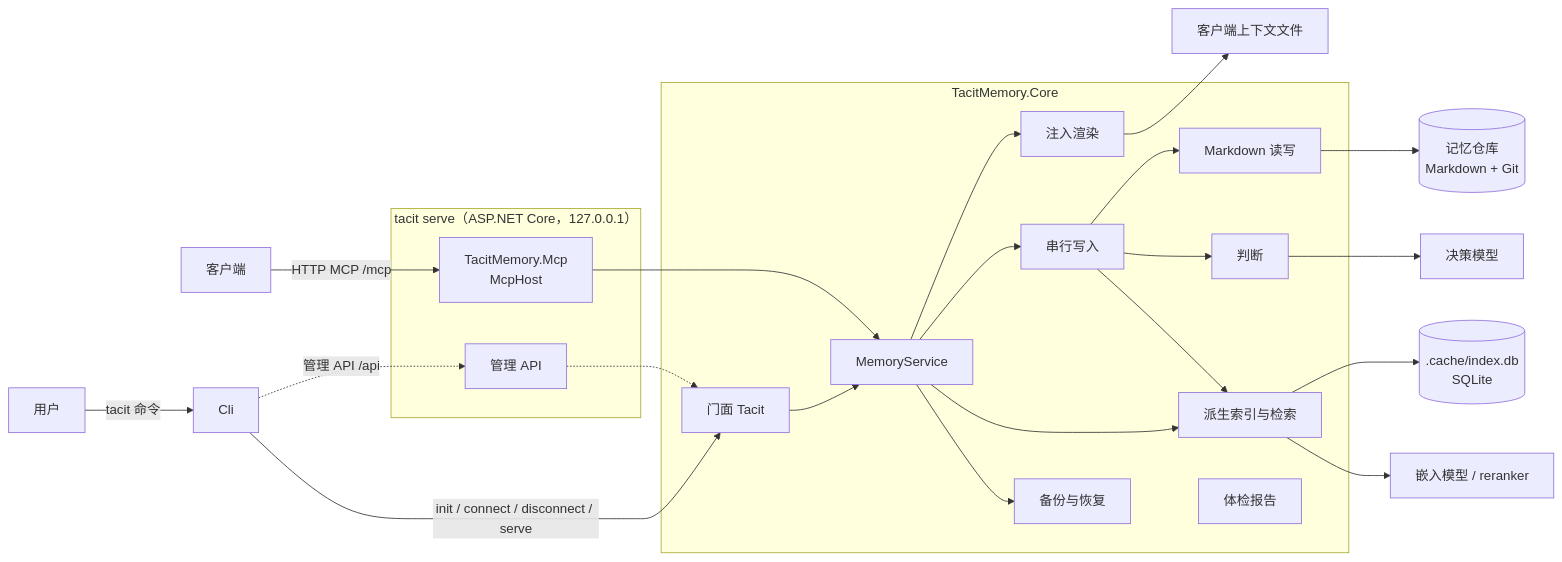
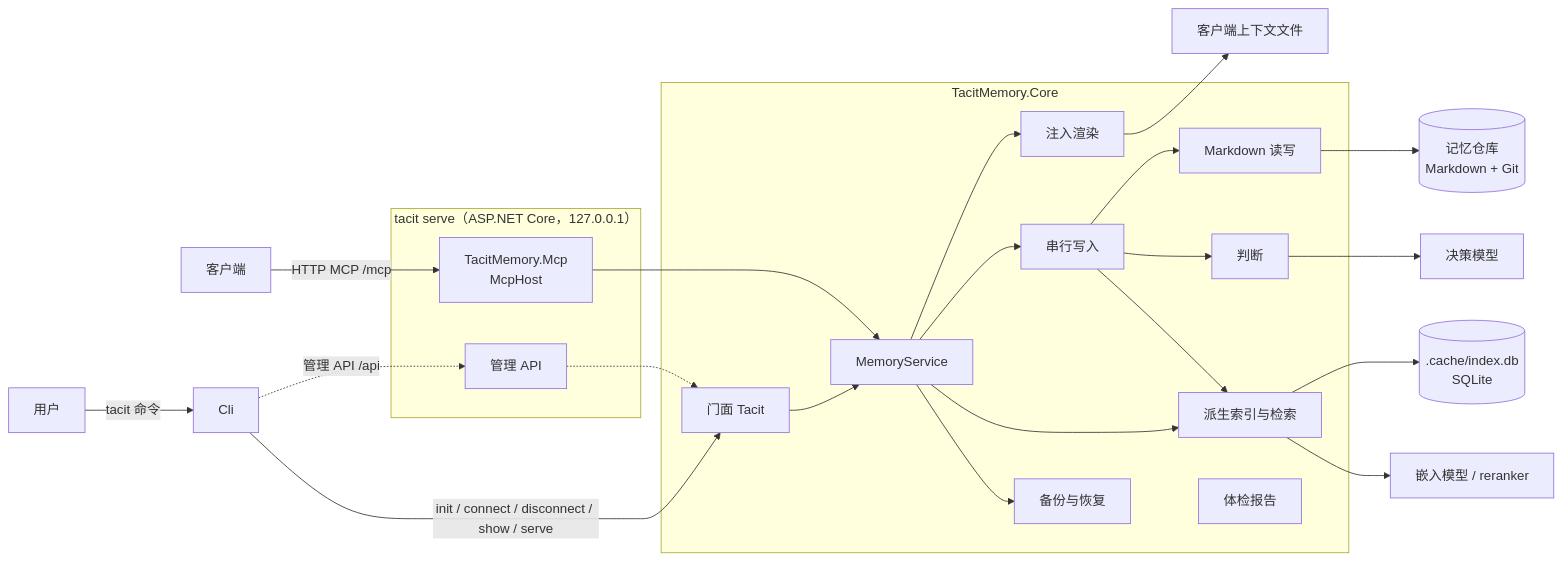
The diagram in docs/architecture.md (kearril/tacit-memory), drawn with Mermaid before and after one commit. The commit also changed other lines of this file and 46 other files, not shown here.

````diff
--- a/docs/architecture.md
+++ b/docs/architecture.md
@@ -11,37 +11,37 @@
 ```mermaid
 flowchart LR
     Client[客户端] -->|HTTP MCP /mcp| Mcp
     User[用户] -->|tacit 命令| Cli
     Cli -.->|管理 API /api| Admin
     subgraph Host["tacit serve（ASP.NET Core，127.0.0.1）"]
         Mcp[TacitMemory.Mcp<br>McpHost]
         Admin[管理 API]
     end
-    Cli -->|init / connect / disconnect / serve| Facade
+    Cli -->|init / connect / disconnect / show / serve| Facade
     Mcp --> Service
     Admin -.-> Facade
     subgraph Core["TacitMemory.Core"]
         Facade[门面 Tacit]
         Service[MemoryService]
         Writer[串行写入]
         Store[Markdown 读写]
         Index[派生索引与检索]
         Judge[判断]
         Inject[注入渲染]
         Checkup[体检报告]
         Backup[备份与恢复]
     end
     Facade --> Service
     Service --> Inject
     Service --> Writer
     Service --> Index
     Service --> Backup
     Writer --> Store
     Writer --> Judge
     Writer --> Index
     Store --> Repo[(记忆仓库<br>Markdown + Git)]
     Index --> Db[(.cache/index.db<br>SQLite)]
     Index --> Aux[嵌入模型 / reranker]
     Judge --> Decision[决策模型]
     Inject --> Files[客户端上下文文件]
 ```
````
